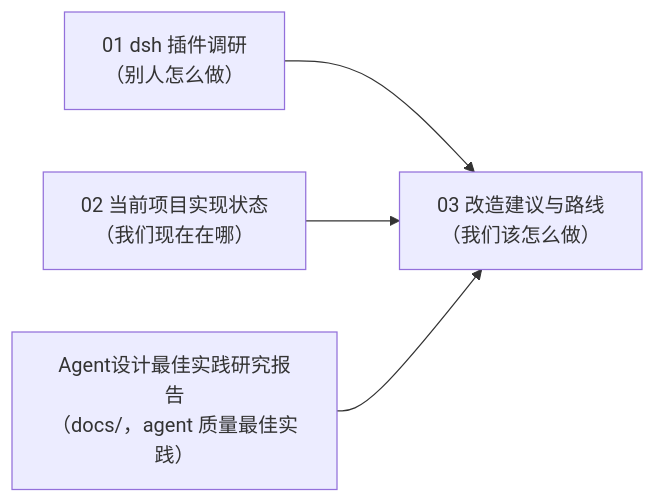
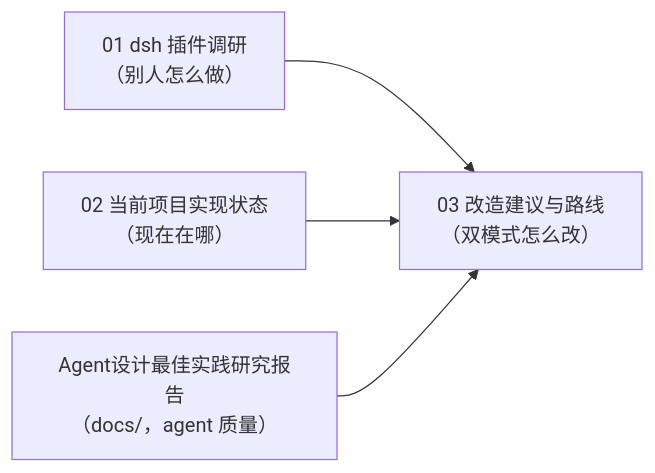
The third of 3 diagrams in docs/future/03-改造建议与路线.md (IsKenKenYa/KenFutWork), drawn with Mermaid before and after one commit. The commit also changed other lines of this file and 8 other files, not shown here.

````diff
--- a/docs/future/03-改造建议与路线.md
+++ b/docs/future/03-改造建议与路线.md
@@ -181,6 +233,6 @@
 ```mermaid
 graph LR
-    D01["01 dsh 插件调研<br/>（别人怎么做）"] --> D03["03 改造建议与路线<br/>（我们该怎么做）"]
-    D02["02 当前项目实现状态<br/>（我们现在在哪）"] --> D03
-    DAR["Agent设计最佳实践研究报告<br/>（docs/，agent 质量最佳实践）"] --> D03
+    D01["01 dsh 插件调研<br/>（别人怎么做）"] --> D03["03 改造建议与路线<br/>（双模式怎么改）"]
+    D02["02 当前项目实现状态<br/>（现在在哪）"] --> D03
+    DAR["Agent设计最佳实践研究报告<br/>（docs/，agent 质量）"] --> D03
 ```
````
